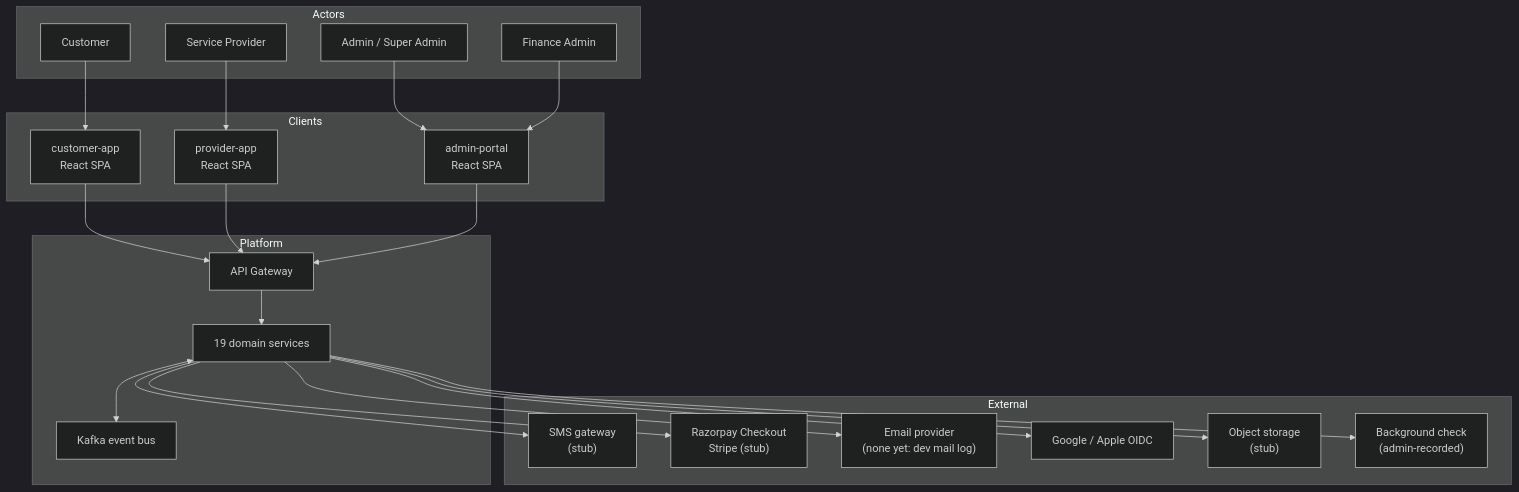
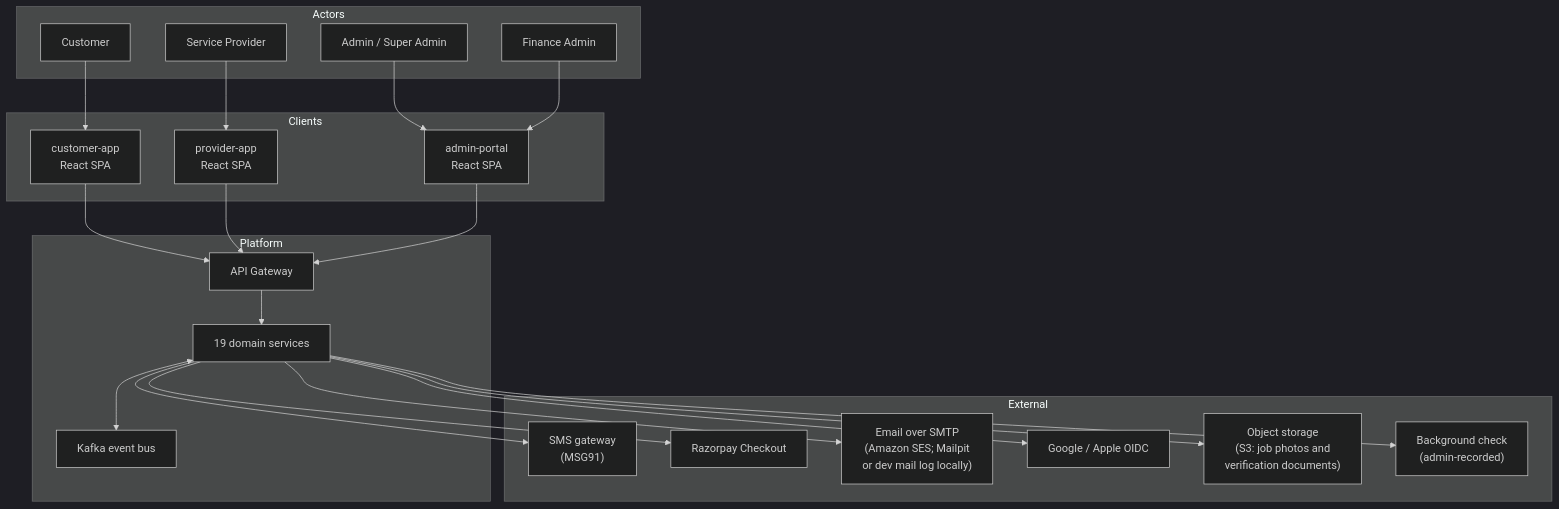
One commit to condigence/ji-hajoor changed the first of 30 diagrams in docs/ARCHITECTURE.md. Above: the diagram before and after it, drawn with Mermaid (dark theme). The commit also changed other lines of this file and 361 other files, not shown here.

````diff
--- a/docs/ARCHITECTURE.md
+++ b/docs/ARCHITECTURE.md
@@ -14,46 +14,46 @@
 ```mermaid
 graph TB
     subgraph Actors
         C["Customer"]
         P["Service Provider"]
         A["Admin / Super Admin"]
         F["Finance Admin"]
     end
 
     subgraph Clients
         CA["customer-app<br/>React SPA"]
         PA["provider-app<br/>React SPA"]
         AP["admin-portal<br/>React SPA"]
     end
 
     subgraph Platform
         GW["API Gateway"]
         SVC["19 domain services"]
         BUS["Kafka event bus"]
     end
 
     subgraph External
-        SMS["SMS gateway<br/>(stub)"]
-        PAY["Razorpay Checkout<br/>Stripe (stub)"]
-        MAIL["Email provider<br/>(none yet: dev mail log)"]
+        SMS["SMS gateway<br/>(MSG91)"]
+        PAY["Razorpay Checkout"]
+        MAIL["Email over SMTP<br/>(Amazon SES; Mailpit<br/>or dev mail log locally)"]
         OIDC["Google / Apple OIDC"]
-        S3["Object storage<br/>(stub)"]
+        S3["Object storage<br/>(S3: job photos and<br/>verification documents)"]
         KYC["Background check<br/>(admin-recorded)"]
     end
 
     C --> CA
     P --> PA
     A --> AP
     F --> AP
     CA --> GW
     PA --> GW
     AP --> GW
     GW --> SVC
     SVC <--> BUS
     SVC --> SMS
     SVC --> PAY
     SVC --> OIDC
     SVC --> S3
     SVC --> KYC
     SVC --> MAIL
 ```
````
